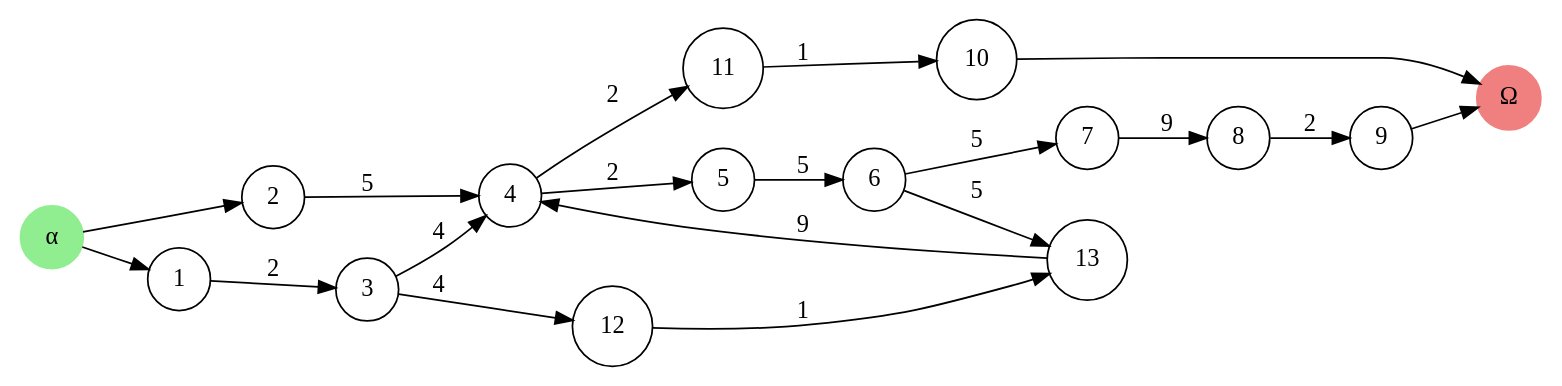
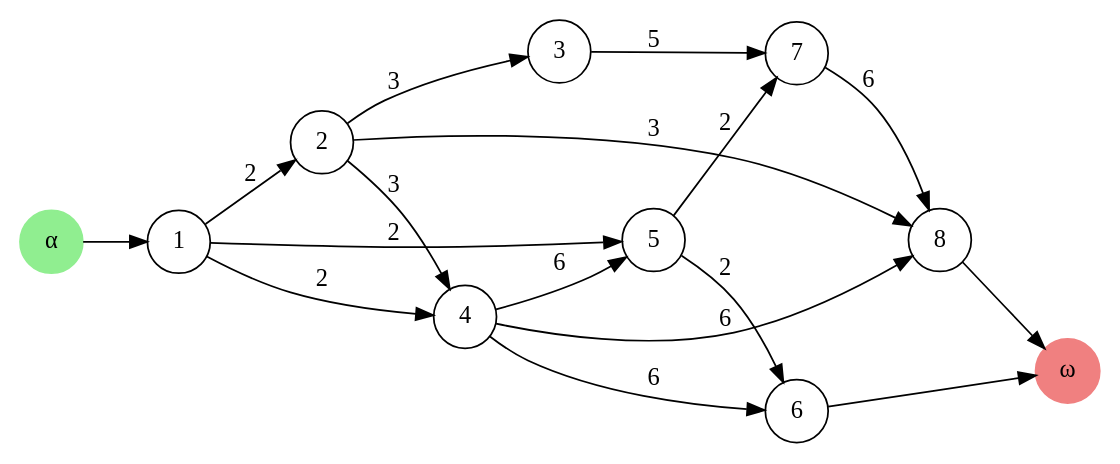
Before and after one commit to ktzkvin/GraphProjectL3: the diagram in data/graph.gv, drawn with Graphviz. The commit also changed 5 other files, not shown here.

```diff
--- a/data/graph.gv
+++ b/data/graph.gv
@@ -1,37 +1,30 @@
 // Graphe de contraintes
 digraph {
 	rankdir=LR
 	1 [label=1 shape=circle]
 	2 [label=2 shape=circle]
 	3 [label=3 shape=circle]
 	4 [label=4 shape=circle]
 	5 [label=5 shape=circle]
 	6 [label=6 shape=circle]
 	7 [label=7 shape=circle]
 	8 [label=8 shape=circle]
-	9 [label=9 shape=circle]
-	10 [label=10 shape=circle]
-	11 [label=11 shape=circle]
-	12 [label=12 shape=circle]
-	13 [label=13 shape=circle]
-	1 -> 3 [label=2]
-	2 -> 4 [label=5]
-	3 -> 4 [label=4]
-	13 -> 4 [label=9]
-	4 -> 5 [label=2]
-	5 -> 6 [label=5]
-	6 -> 7 [label=5]
-	7 -> 8 [label=9]
-	8 -> 9 [label=2]
-	11 -> 10 [label=1]
-	4 -> 11 [label=2]
-	3 -> 12 [label=4]
-	6 -> 13 [label=5]
-	12 -> 13 [label=1]
+	1 -> 2 [label=2]
+	2 -> 3 [label=3]
+	1 -> 4 [label=2]
+	2 -> 4 [label=3]
+	1 -> 5 [label=2]
+	4 -> 5 [label=6]
+	4 -> 6 [label=6]
+	5 -> 6 [label=2]
+	3 -> 7 [label=5]
+	5 -> 7 [label=2]
+	2 -> 8 [label=3]
+	4 -> 8 [label=6]
+	7 -> 8 [label=6]
 	Alpha [label="α" color=lightgreen shape=circle style=filled]
 	Alpha -> 1 [label=""]
-	Alpha -> 2 [label=""]
-	Omega [label="Ω" color=lightcoral shape=circle style=filled]
-	9 -> Omega [label=""]
-	10 -> Omega [label=""]
+	Omega [label="ω" color=lightcoral shape=circle style=filled]
+	6 -> Omega [label=""]
+	8 -> Omega [label=""]
 }
```
